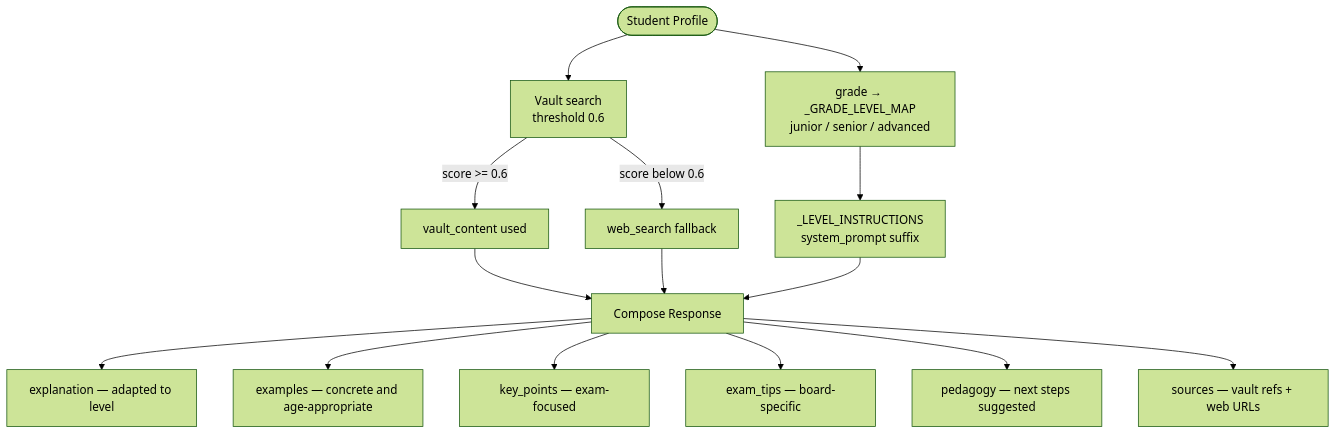
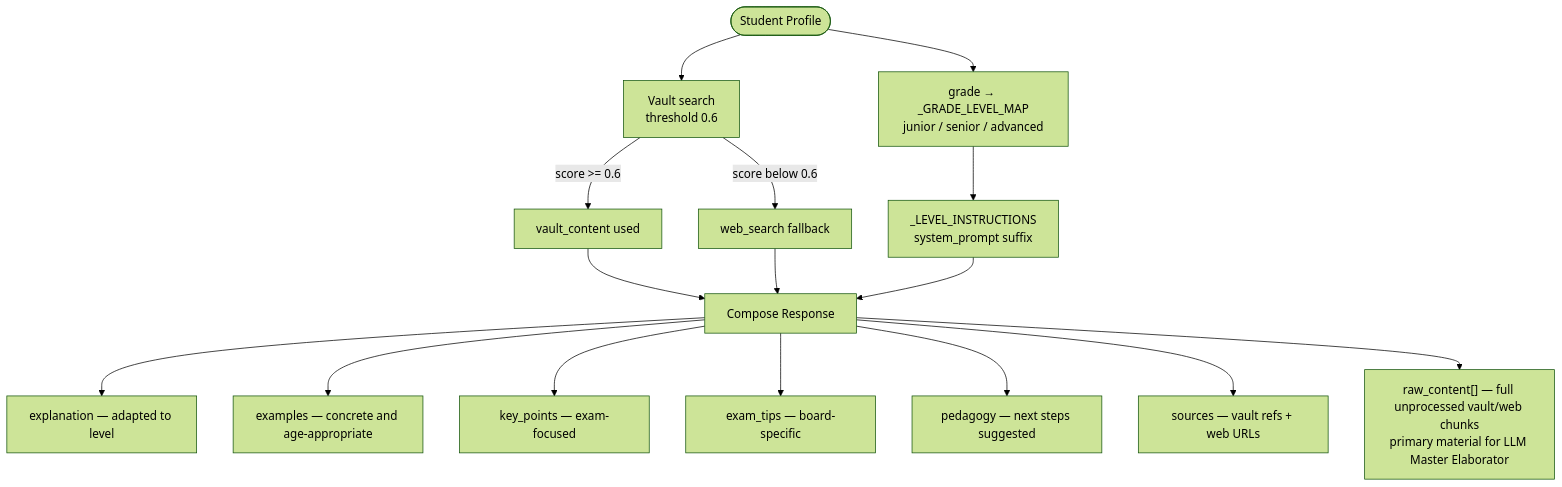
The seventh of 12 diagrams in 00 - System/Agent Architecture (C4+1).md (rabindranath-mishra/Study_Agent), drawn with Mermaid (forest theme) before and after one commit. The commit also changed other lines of this file, not shown here.

````diff
--- a/00 - System/Agent Architecture (C4+1).md
+++ b/00 - System/Agent Architecture (C4+1).md
@@ -291,21 +293,22 @@
 ```mermaid
 flowchart TD
     PROF(["Student Profile"])
     PROF --> GRADE["grade → _GRADE_LEVEL_MAP<br/>junior / senior / advanced"]
     GRADE --> INST["_LEVEL_INSTRUCTIONS<br/>system_prompt suffix"]
 
     PROF --> VS["Vault search<br/>threshold 0.6"]
     VS -- "score >= 0.6" --> VC["vault_content used"]
     VS -- "score below 0.6" --> WS["web_search fallback"]
 
     VC --> COMP["Compose Response"]
     WS --> COMP
     INST --> COMP
 
     COMP --> EXP["explanation — adapted to level"]
     COMP --> EX["examples — concrete and age-appropriate"]
     COMP --> KP["key_points — exam-focused"]
     COMP --> ET["exam_tips — board-specific"]
     COMP --> PED["pedagogy — next steps suggested"]
     COMP --> SRC["sources — vault refs + web URLs"]
+    COMP --> RC["raw_content[] — full unprocessed vault/web chunks<br/>primary material for LLM Master Elaborator"]
 ```
````
